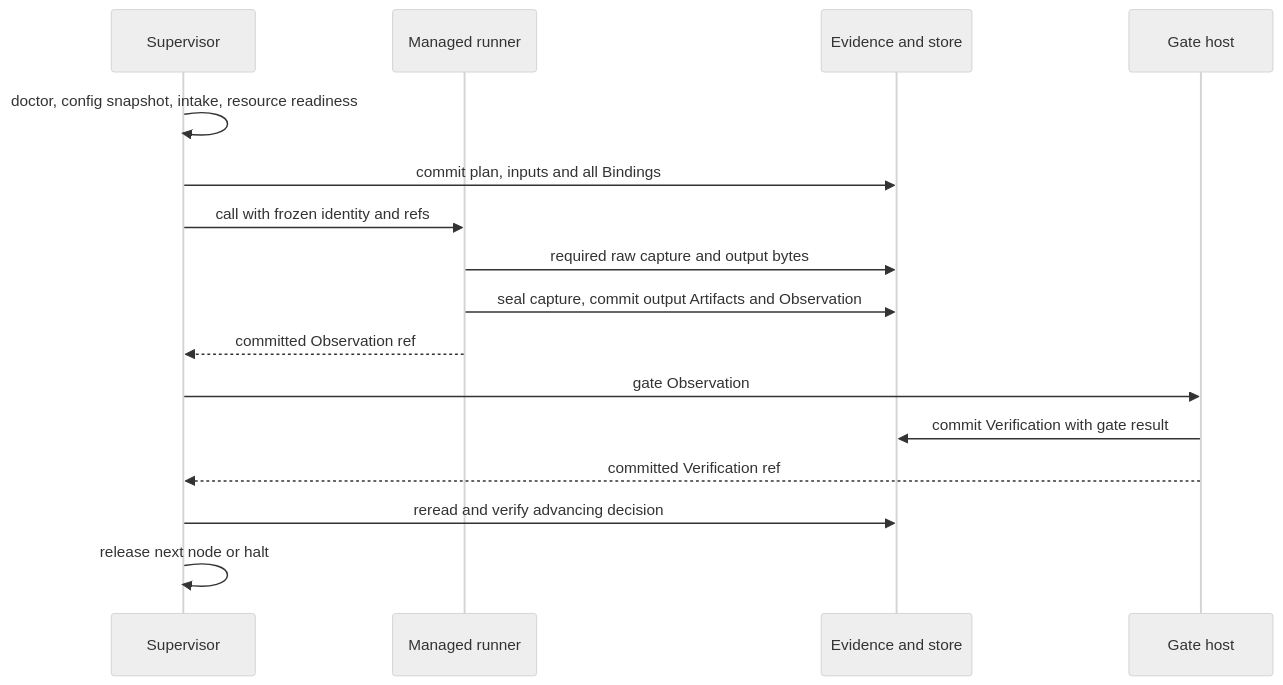
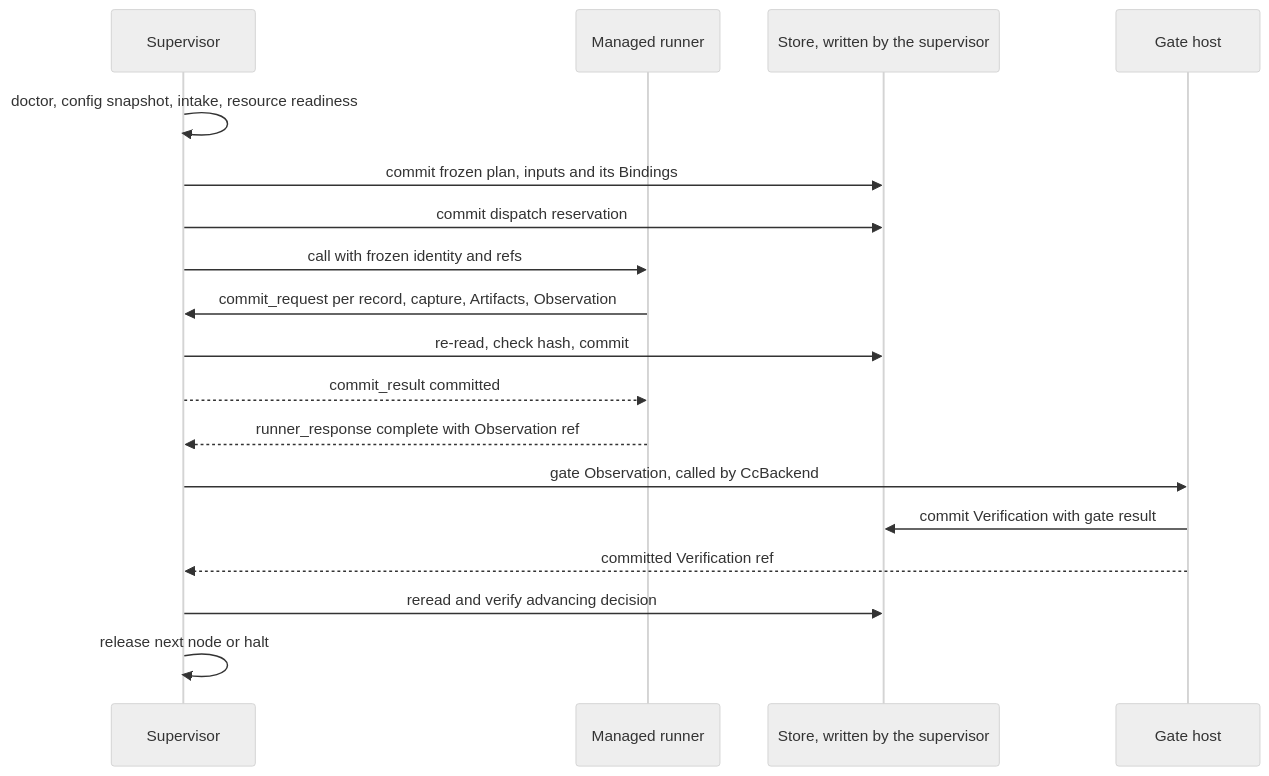
One commit to Stellven/jiuwenswarm changed the diagram in docs/architecture/system/lifecycle.md. Above: the diagram before and after it, drawn with Mermaid (neutral theme). The commit also changed other lines of this file and 324 other files, not shown here.

First line of the commit message:
Reorganize architecture library into one thin, current M1 design

````diff
--- a/docs/architecture/system/lifecycle.md
+++ b/docs/architecture/system/lifecycle.md
@@ -29,18 +86,20 @@
 ```mermaid
 sequenceDiagram
     participant S as Supervisor
     participant R as Managed runner
-    participant E as Evidence and store
+    participant E as Store, written by the supervisor
     participant G as Gate host
     S->>S: doctor, config snapshot, intake, resource readiness
-    S->>E: commit plan, inputs and all Bindings
+    S->>E: commit frozen plan, inputs and its Bindings
+    S->>E: commit dispatch reservation
     S->>R: call with frozen identity and refs
-    R->>E: required raw capture and output bytes
-    R->>E: seal capture, commit output Artifacts and Observation
-    R-->>S: committed Observation ref
-    S->>G: gate Observation
+    R->>S: commit_request per record, capture, Artifacts, Observation
+    S->>E: re-read, check hash, commit
+    S-->>R: commit_result committed
+    R-->>S: runner_response complete with Observation ref
+    S->>G: gate Observation, called by CcBackend
     G->>E: commit Verification with gate result
     G-->>S: committed Verification ref
     S->>E: reread and verify advancing decision
     S->>S: release next node or halt
 ```
````
